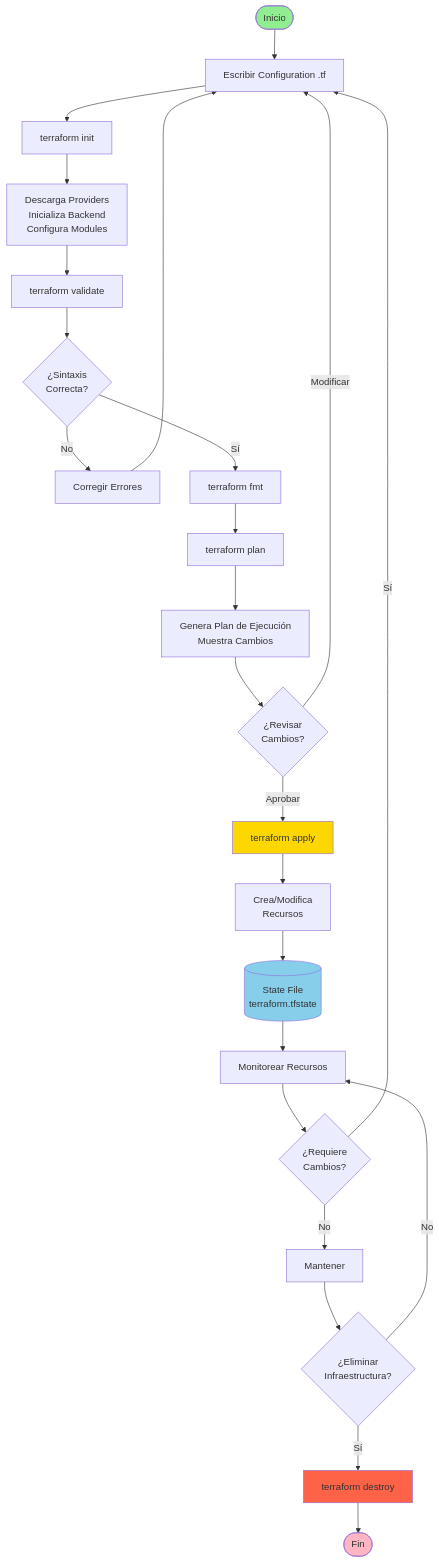
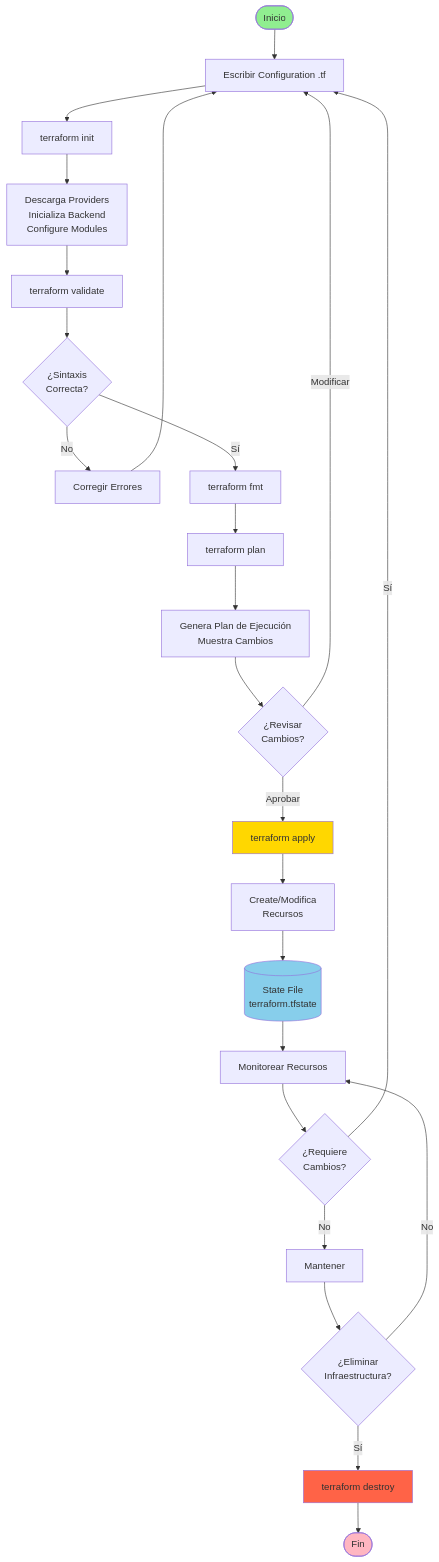
One commit to nanlabs/nan-data-engineering-labs changed the first of 5 diagrams in modules/module-11-infrastructure-as-code/assets/diagrams/terraform-workflow.md. Above: the diagram before and after it, drawn with Mermaid. The commit also changed 50 other files, not shown here.

````diff
--- a/modules/module-11-infrastructure-as-code/assets/diagrams/terraform-workflow.md
+++ b/modules/module-11-infrastructure-as-code/assets/diagrams/terraform-workflow.md
@@ -5,32 +5,32 @@
 ```mermaid
 flowchart TD
     Start([Inicio]) --> Write[Escribir Configuration .tf]
     Write --> Init[terraform init]
-    Init --> InitDesc[Descarga Providers<br/>Inicializa Backend<br/>Configura Modules]
+    Init --> InitDesc[Descarga Providers<br/>Inicializa Backend<br/>Configure Modules]
     InitDesc --> Validate[terraform validate]
     Validate --> ValidDesc{¿Sintaxis<br/>Correcta?}
     ValidDesc -->|No| Fix[Corregir Errores]
     Fix --> Write
     ValidDesc -->|Sí| Format[terraform fmt]
     Format --> Plan[terraform plan]
     Plan --> PlanDesc[Genera Plan de Ejecución<br/>Muestra Cambios]
     PlanDesc --> Review{¿Revisar<br/>Cambios?}
     Review -->|Modificar| Write
     Review -->|Aprobar| Apply[terraform apply]
-    Apply --> ApplyDesc[Crea/Modifica<br/>Recursos]
+    Apply --> ApplyDesc[Create/Modifica<br/>Recursos]
     ApplyDesc --> State[(State File<br/>terraform.tfstate)]
     State --> Monitor[Monitorear Recursos]
     Monitor --> Change{¿Requiere<br/>Cambios?}
     Change -->|Sí| Write
     Change -->|No| Maintain[Mantener]
     Maintain --> Destroy{¿Eliminar<br/>Infraestructura?}
     Destroy -->|Sí| DestroyCmd[terraform destroy]
     DestroyCmd --> End([Fin])
     Destroy -->|No| Monitor
 
     style Start fill:#90EE90
     style End fill:#FFB6C1
     style Apply fill:#FFD700
     style State fill:#87CEEB
     style DestroyCmd fill:#FF6347
 ```
````
